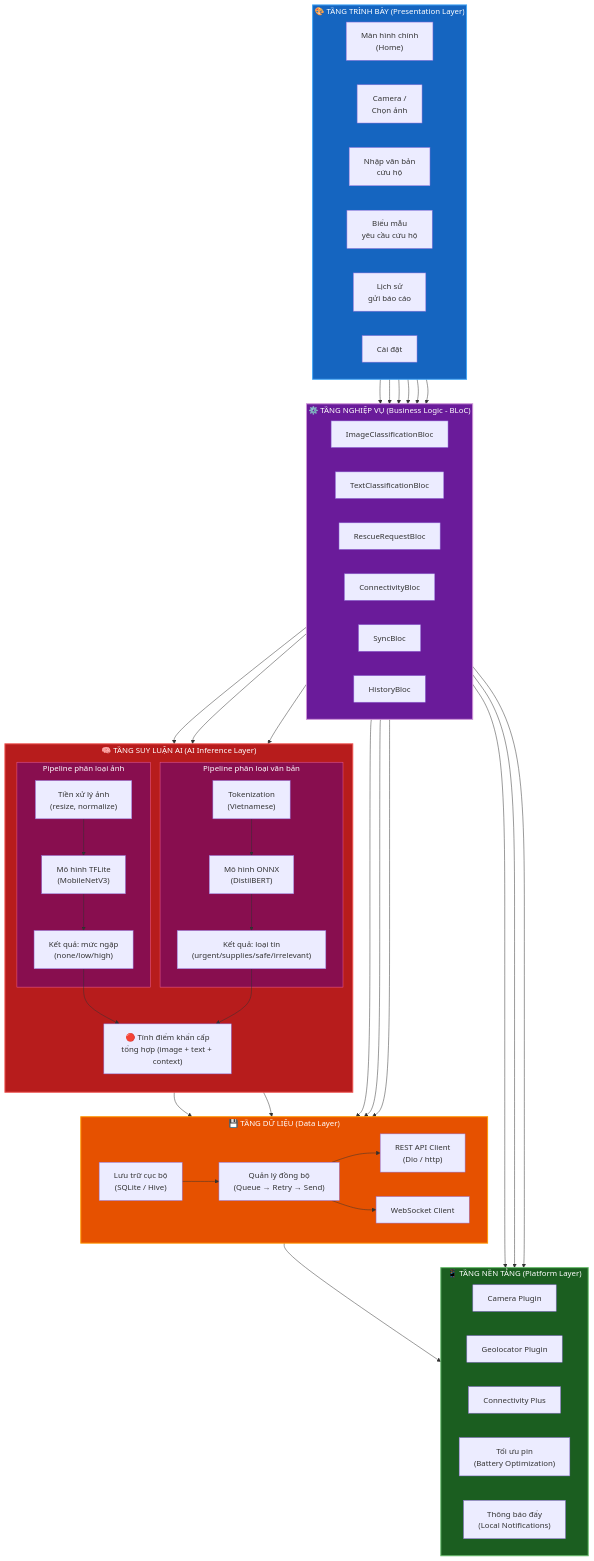
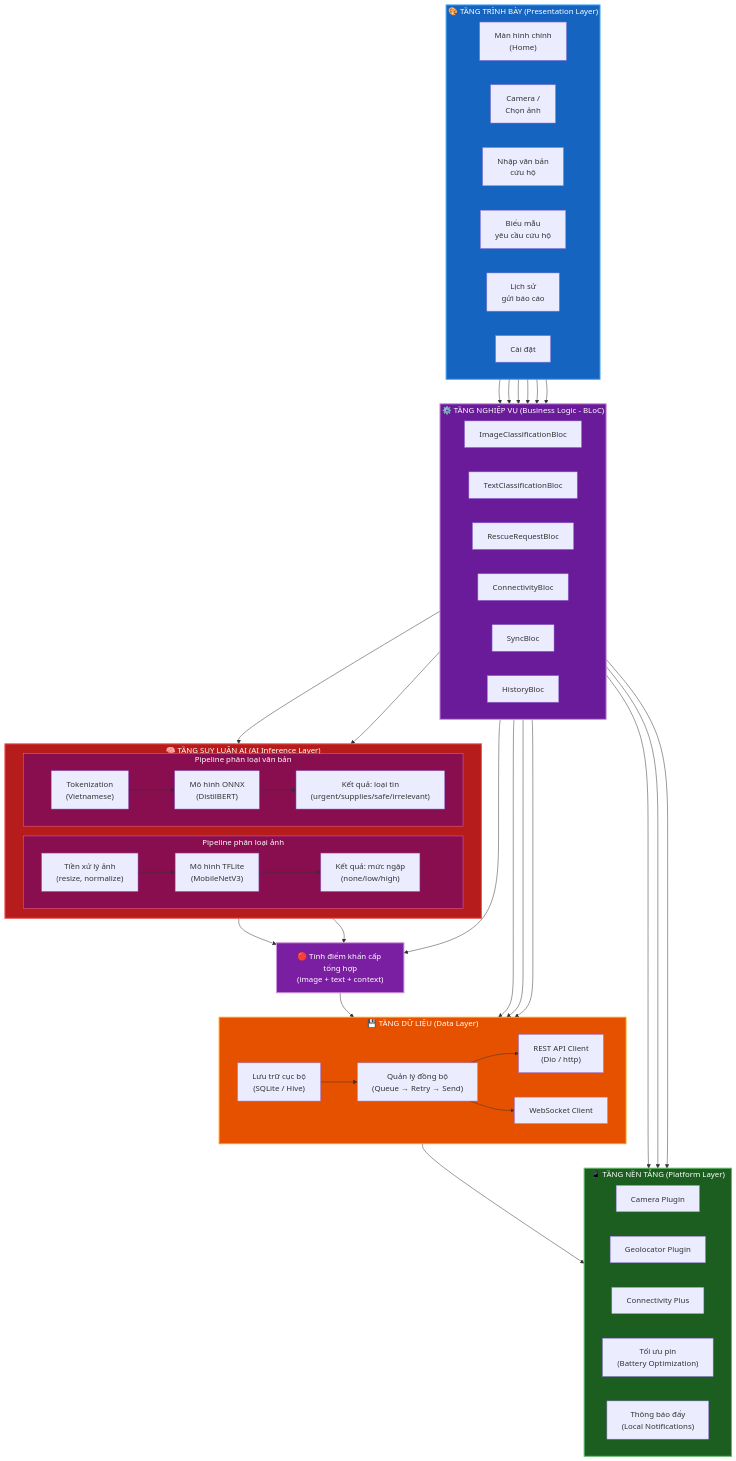
The diagram in diagrams/diagram2_mobile_architecture.mmd (ngthtrong/nckh2), drawn with Mermaid before and after one commit. The commit also changed 4 other files, not shown here.

Commit message:
Fix diagram layout: GPS inside AI_ENGINE box, URGENCY node outside AI_LAYER subgraph, regenerate PNGs

```diff
--- a/diagrams/diagram2_mobile_architecture.mmd
+++ b/diagrams/diagram2_mobile_architecture.mmd
@@ -1,90 +1,91 @@
 graph TB
     subgraph PRESENTATION["🎨 TẦNG TRÌNH BÀY (Presentation Layer)"]
         direction LR
         S1["Màn hình chính<br/>(Home)"]
         S2["Camera /<br/>Chọn ảnh"]
         S3["Nhập văn bản<br/>cứu hộ"]
         S4["Biểu mẫu<br/>yêu cầu cứu hộ"]
         S5["Lịch sử<br/>gửi báo cáo"]
         S6["Cài đặt"]
     end
 
     subgraph BLOC["⚙️ TẦNG NGHIỆP VỤ (Business Logic - BLoC)"]
         direction LR
         B1["ImageClassificationBloc"]
         B2["TextClassificationBloc"]
         B3["RescueRequestBloc"]
         B4["ConnectivityBloc"]
         B5["SyncBloc"]
         B6["HistoryBloc"]
     end
 
     subgraph AI_LAYER["🧠 TẦNG SUY LUẬN AI (AI Inference Layer)"]
-        direction TB
+        direction LR
         subgraph IMG_PIPE["Pipeline phân loại ảnh"]
             IP1["Tiền xử lý ảnh<br/>(resize, normalize)"]
             IP2["Mô hình TFLite<br/>(MobileNetV3)"]
             IP3["Kết quả: mức ngập<br/>(none/low/high)"]
         end
         subgraph TXT_PIPE["Pipeline phân loại văn bản"]
             TP1["Tokenization<br/>(Vietnamese)"]
             TP2["Mô hình ONNX<br/>(DistilBERT)"]
             TP3["Kết quả: loại tin<br/>(urgent/supplies/safe/irrelevant)"]
         end
-        URGENCY["🔴 Tính điểm khẩn cấp<br/>tổng hợp (image + text + context)"]
     end
+
+    URGENCY["🔴 Tính điểm khẩn cấp tổng hợp<br/>(image + text + context)"]
 
     subgraph DATA_LAYER["💾 TẦNG DỮ LIỆU (Data Layer)"]
         direction LR
         LOCAL["Lưu trữ cục bộ<br/>(SQLite / Hive)"]
         REST["REST API Client<br/>(Dio / http)"]
         WS_CLIENT["WebSocket Client"]
         SYNC_MGR["Quản lý đồng bộ<br/>(Queue → Retry → Send)"]
     end
 
     subgraph PLATFORM["📱 TẦNG NỀN TẢNG (Platform Layer)"]
         direction LR
         P_CAM["Camera Plugin"]
         P_GPS["Geolocator Plugin"]
         P_NET["Connectivity Plus"]
         P_BAT["Tối ưu pin<br/>(Battery Optimization)"]
         P_NOTIF["Thông báo đẩy<br/>(Local Notifications)"]
     end
 
     S1 --> B3
     S2 --> B1
     S3 --> B2
     S4 --> B3
     S5 --> B6
     S6 --> B4
 
     B1 --> IP1
     B2 --> TP1
     IP1 --> IP2 --> IP3
     TP1 --> TP2 --> TP3
     IP3 --> URGENCY
     TP3 --> URGENCY
     B3 --> URGENCY
 
-    URGENCY --> LOCAL
     URGENCY --> SYNC_MGR
     B4 --> SYNC_MGR
     B5 --> SYNC_MGR
     B6 --> LOCAL
 
     SYNC_MGR --> REST
     SYNC_MGR --> WS_CLIENT
     LOCAL --> SYNC_MGR
 
     B1 --> P_CAM
     B3 --> P_GPS
     B4 --> P_NET
     SYNC_MGR --> P_BAT
 
     style PRESENTATION fill:#1565c0,stroke:#42a5f5,color:#fff,stroke-width:2px
     style BLOC fill:#6a1b9a,stroke:#ce93d8,color:#fff,stroke-width:2px
     style AI_LAYER fill:#b71c1c,stroke:#ef5350,color:#fff,stroke-width:2px
     style IMG_PIPE fill:#880e4f,stroke:#f06292,color:#fff,stroke-width:1px
     style TXT_PIPE fill:#880e4f,stroke:#f06292,color:#fff,stroke-width:1px
+    style URGENCY fill:#7b1fa2,stroke:#ce93d8,color:#fff,stroke-width:2px
     style DATA_LAYER fill:#e65100,stroke:#ff9800,color:#fff,stroke-width:2px
     style PLATFORM fill:#1b5e20,stroke:#66bb6a,color:#fff,stroke-width:2px
```
